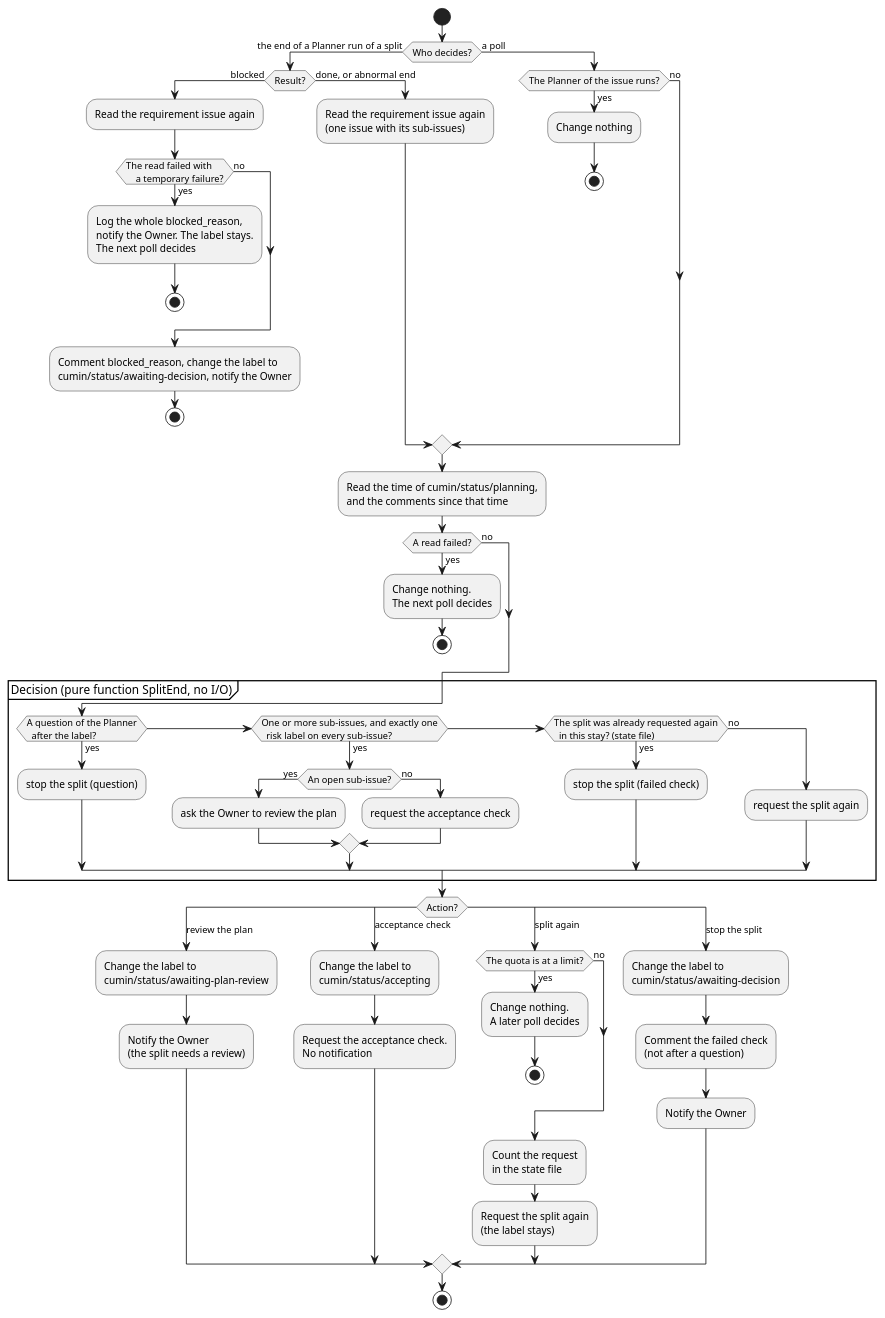
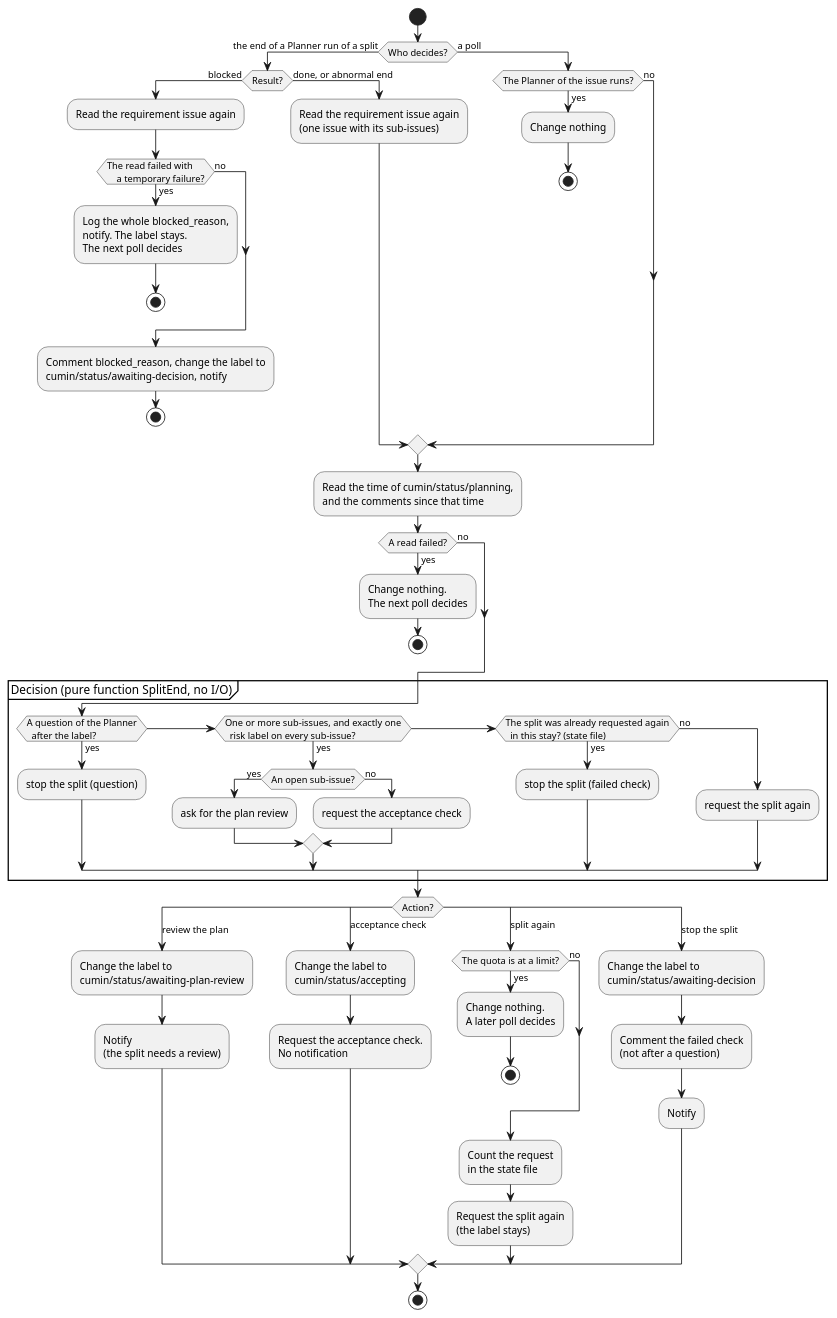
The diagram in docs/ja/designs/poll-split.puml (cloveclovedev/cumin-works), drawn with PlantUML before and after one commit. The commit also changed 19 other files, not shown here.

```diff
--- a/docs/ja/designs/poll-split.puml
+++ b/docs/ja/designs/poll-split.puml
@@ -1,90 +1,90 @@
 @startuml poll-split
-' cumin works - the way out of cumin/status/planning: the decision that a poll and the end of a Planner run share, the second request of the split, and the way back to the Owner.
+' cumin works - the way out of cumin/status/planning: the decision that a poll and the end of a Planner run share, the second request of the split, and the way back to a Maintainer.
 ' Document: poll.md, sections on the decision of the poll and on the end of a run.
 ' Render: run scripts/render-diagrams.sh at the root of the repository.
 skinparam shadowing false
 skinparam defaultFontName sans-serif
 
 start
 if (Who decides?) then (the end of a Planner run of a split)
   if (Result?) then (blocked)
     :Read the requirement issue again;
     if (The read failed with
     a temporary failure?) then (yes)
       :Log the whole blocked_reason,
-      notify the Owner. The label stays.
+      notify. The label stays.
       The next poll decides;
       stop
     else (no)
     endif
     :Comment blocked_reason, change the label to
-    cumin/status/awaiting-decision, notify the Owner;
+    cumin/status/awaiting-decision, notify;
     stop
   else (done, or abnormal end)
     :Read the requirement issue again
     (one issue with its sub-issues);
   endif
 else (a poll)
   if (The Planner of the issue runs?) then (yes)
     :Change nothing;
     stop
   else (no)
   endif
 endif
 :Read the time of cumin/status/planning,
 and the comments since that time;
 if (A read failed?) then (yes)
   :Change nothing.
   The next poll decides;
   stop
 else (no)
 endif
 partition "Decision (pure function SplitEnd, no I/O)" {
   if (A question of the Planner
   after the label?) then (yes)
     :stop the split (question);
   elseif (One or more sub-issues, and exactly one
   risk label on every sub-issue?) then (yes)
     if (An open sub-issue?) then (yes)
-      :ask the Owner to review the plan;
+      :ask for the plan review;
     else (no)
       :request the acceptance check;
     endif
   elseif (The split was already requested again
   in this stay? (state file)) then (yes)
     :stop the split (failed check);
   else (no)
     :request the split again;
   endif
 }
 switch (Action?)
 case (review the plan)
   :Change the label to
   cumin/status/awaiting-plan-review;
-  :Notify the Owner
+  :Notify
   (the split needs a review);
 case (acceptance check)
   :Change the label to
   cumin/status/accepting;
   :Request the acceptance check.
   No notification;
 case (split again)
   if (The quota is at a limit?) then (yes)
     :Change nothing.
     A later poll decides;
     stop
   else (no)
   endif
   :Count the request
   in the state file;
   :Request the split again
   (the label stays);
 case (stop the split)
   :Change the label to
   cumin/status/awaiting-decision;
   :Comment the failed check
   (not after a question);
-  :Notify the Owner;
+  :Notify;
 endswitch
 stop
 @enduml
```
